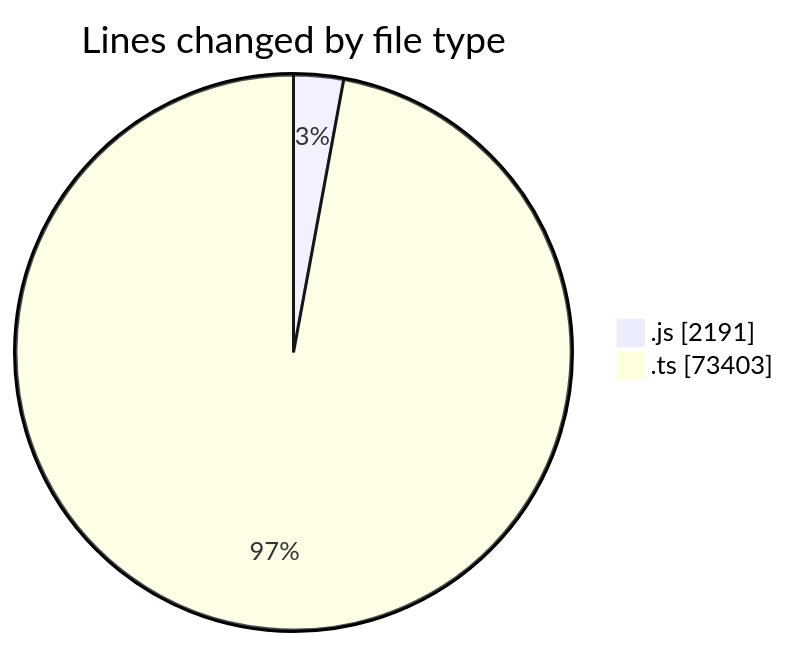
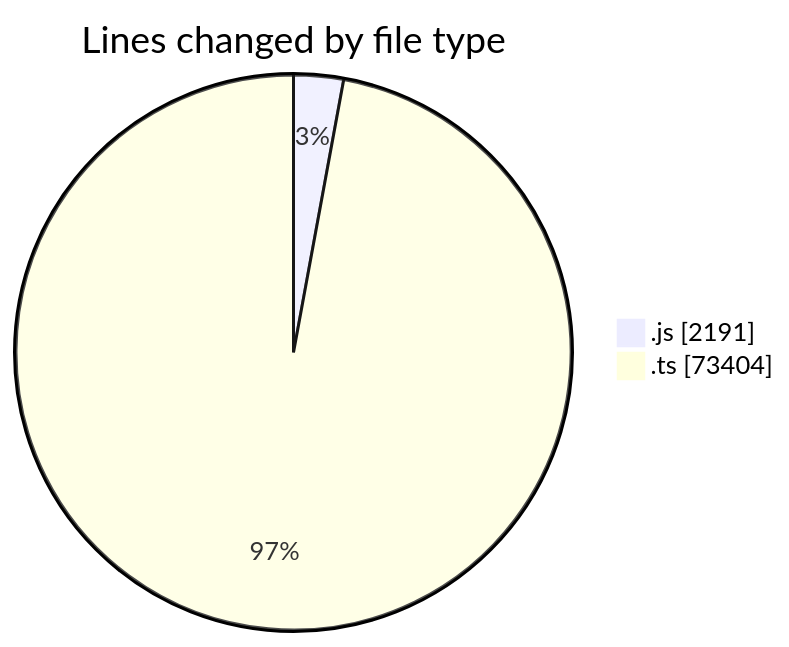
Before and after one commit to momahboobian/code-tracking: the first of 2 diagrams in 2025-06-19/cda/README.md, drawn with Mermaid. The commit also changed other lines of this file and 1 other file, not shown here.

````diff
--- a/2025-06-19/cda/README.md
+++ b/2025-06-19/cda/README.md
@@ -40,6 +40,6 @@
 ```mermaid
 pie showData
 title Lines changed by file type
 ".js" : 2191
-".ts" : 73403
+".ts" : 73404
 ```
````
